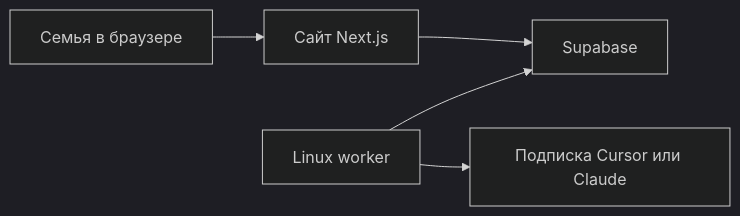
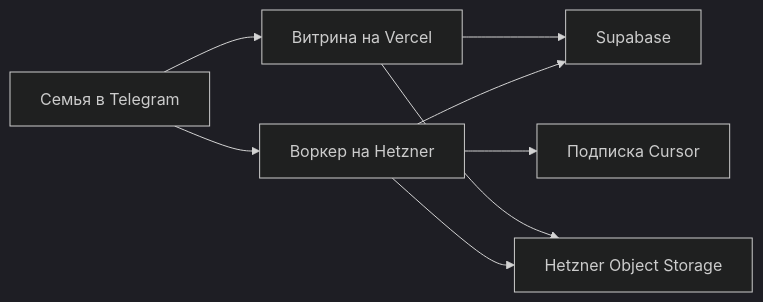
One commit to vlandivir/ai-family changed the diagram in docs/architecture.md. Above: the diagram before and after it, drawn with Mermaid (dark theme). The commit also changed other lines of this file and 5 other files, not shown here.

Commit message:
Describe the bot, vitrine, and photo storage as they work now.

````diff
--- a/docs/architecture.md
+++ b/docs/architecture.md
@@ -5,13 +5,17 @@
 ```mermaid
 flowchart LR
-  family[Семья в браузере]
-  web[Сайт Next.js]
+  family[Семья в Telegram]
+  vitrine[Витрина на Vercel]
   data[Supabase]
-  worker[Linux worker]
-  sub[Подписка Cursor или Claude]
+  photos[Hetzner Object Storage]
+  worker[Воркер на Hetzner]
+  sub[Подписка Cursor]
 
-  family --> web
-  web --> data
+  family --> worker
+  family --> vitrine
   worker --> data
+  worker --> photos
   worker --> sub
+  vitrine --> data
+  vitrine --> photos
 ```
````
